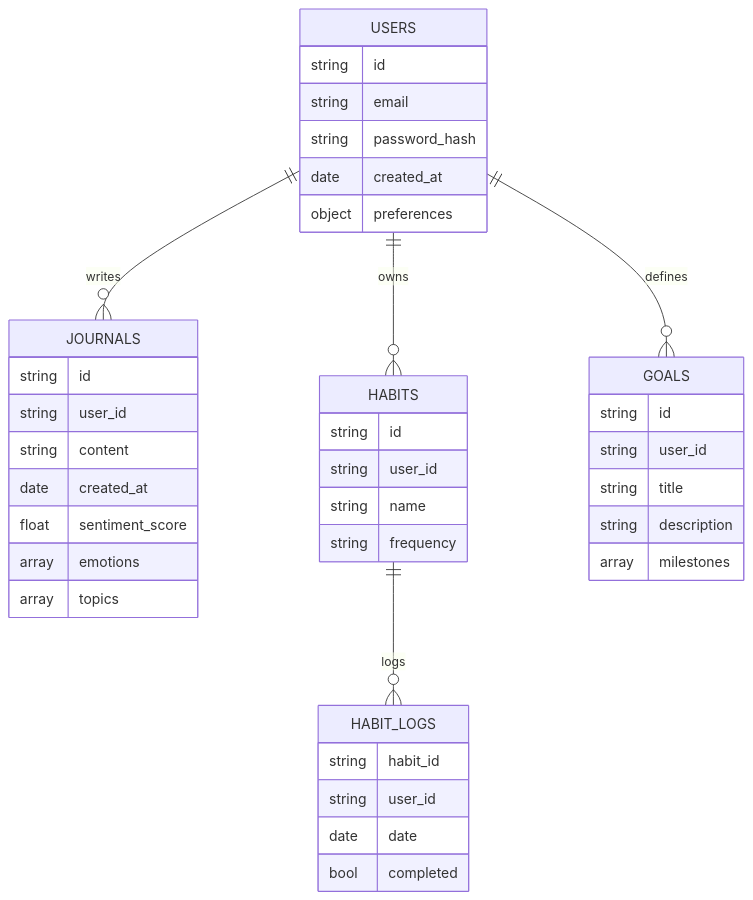
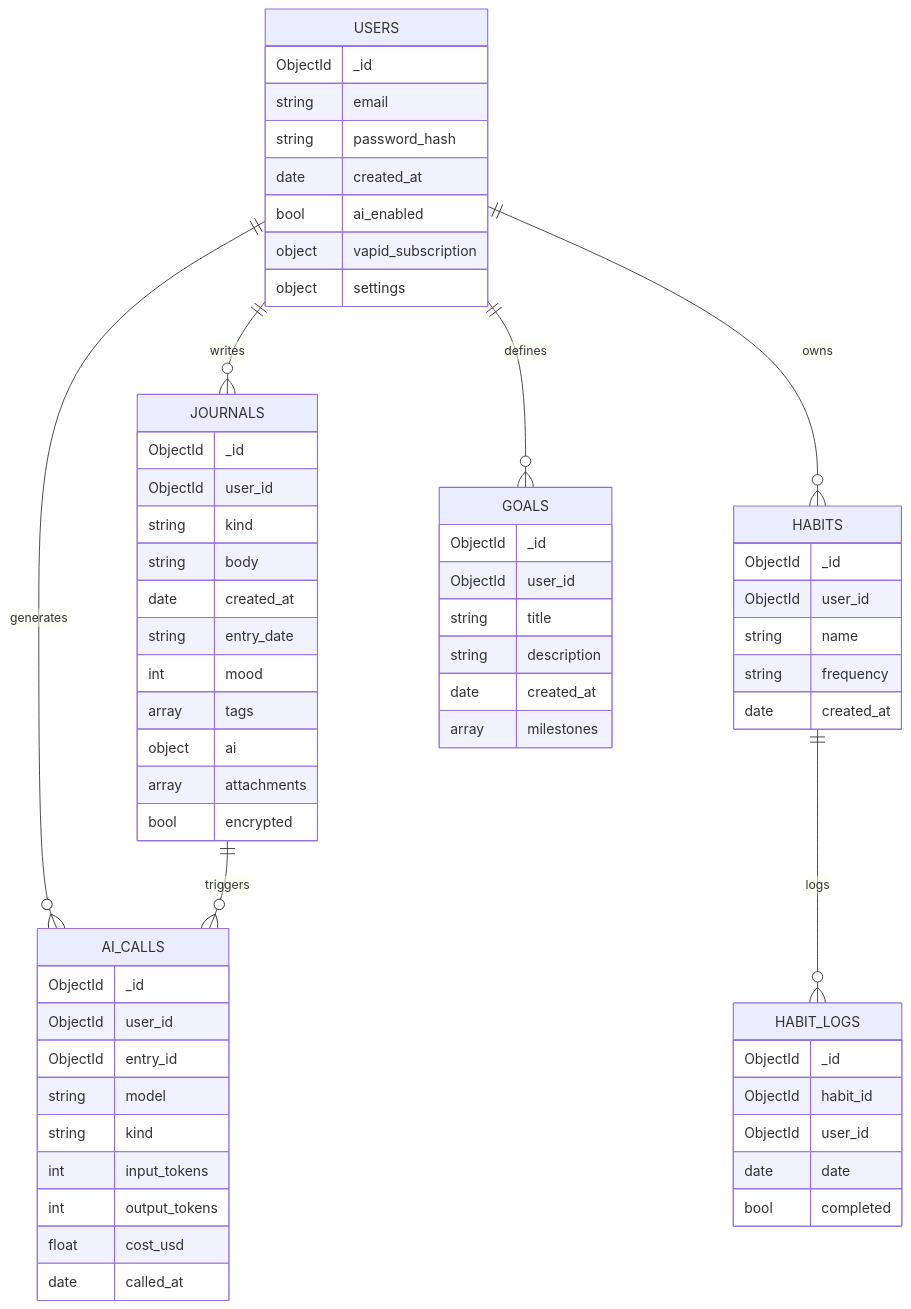
One commit to starseeker-code-public/joy-ai-rest-journaling-system changed the second of 3 diagrams in readme_final.md. Above: the diagram before and after it, drawn with Mermaid. The commit also changed other lines of this file and 5 other files, not shown here.

````diff
--- a/readme_final.md
+++ b/readme_final.md
@@ -367,48 +368,71 @@
 ``` mermaid
 erDiagram
 
 USERS {
-string id
+ObjectId _id
 string email
 string password_hash
 date created_at
-object preferences
+bool ai_enabled
+object vapid_subscription
+object settings
 }
 
 JOURNALS {
-string id
-string user_id
-string content
+ObjectId _id
+ObjectId user_id
+string kind
+string body
 date created_at
-float sentiment_score
-array emotions
-array topics
+string entry_date
+int mood
+array tags
+object ai
+array attachments
+bool encrypted
 }
 
 HABITS {
-string id
-string user_id
+ObjectId _id
+ObjectId user_id
 string name
 string frequency
+date created_at
 }
 
 HABIT_LOGS {
-string habit_id
-string user_id
+ObjectId _id
+ObjectId habit_id
+ObjectId user_id
 date date
 bool completed
 }
 
 GOALS {
-string id
-string user_id
+ObjectId _id
+ObjectId user_id
 string title
 string description
+date created_at
 array milestones
+}
+
+AI_CALLS {
+ObjectId _id
+ObjectId user_id
+ObjectId entry_id
+string model
+string kind
+int input_tokens
+int output_tokens
+float cost_usd
+date called_at
 }
 
 USERS ||--o{ JOURNALS : writes
 USERS ||--o{ HABITS : owns
 USERS ||--o{ GOALS : defines
 HABITS ||--o{ HABIT_LOGS : logs
+USERS ||--o{ AI_CALLS : generates
+JOURNALS ||--o{ AI_CALLS : triggers
 ```
````
